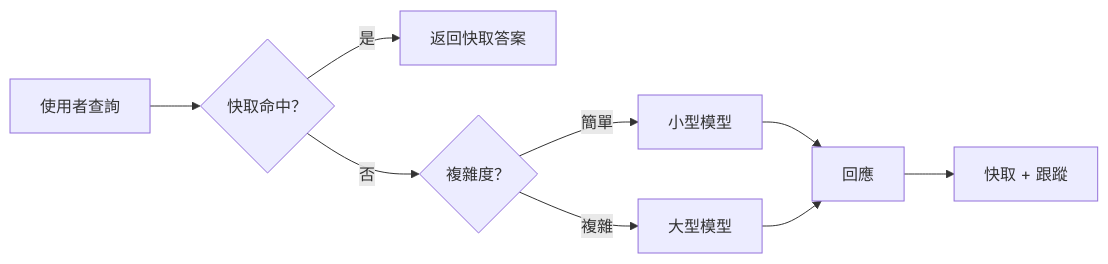
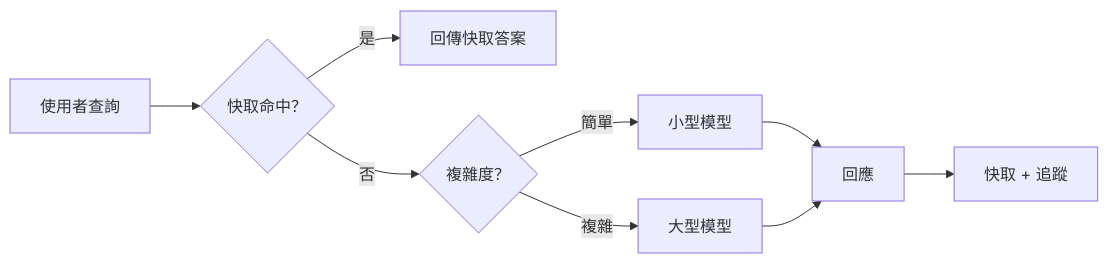
Before and after one commit to gabrielmoreira/agent-skills-mirror: the third of 4 diagrams in mirrors/repos/microsoft@ai-agents-for-beginners/translations/zh-TW/16-deploying-scalable-agents/README.md, drawn with Mermaid. The commit also changed other lines of this file and 3581 other files, not shown here.

````diff
--- a/mirrors/repos/microsoft@ai-agents-for-beginners/translations/zh-TW/16-deploying-scalable-agents/README.md
+++ b/mirrors/repos/microsoft@ai-agents-for-beginners/translations/zh-TW/16-deploying-scalable-agents/README.md
@@ -134,11 +134,11 @@
 ```mermaid
 flowchart LR
     Q[使用者查詢] --> C{快取命中？}
-    C -->|是| R[返回快取答案]
+    C -->|是| R[回傳快取答案]
     C -->|否| Router{複雜度？}
     Router -->|簡單| SLM[小型模型]
     Router -->|複雜| LLM[大型模型]
     SLM --> Out[回應]
     LLM --> Out
-    Out --> Store[快取 + 跟蹤]
+    Out --> Store[快取 + 追蹤]
 ```
````
